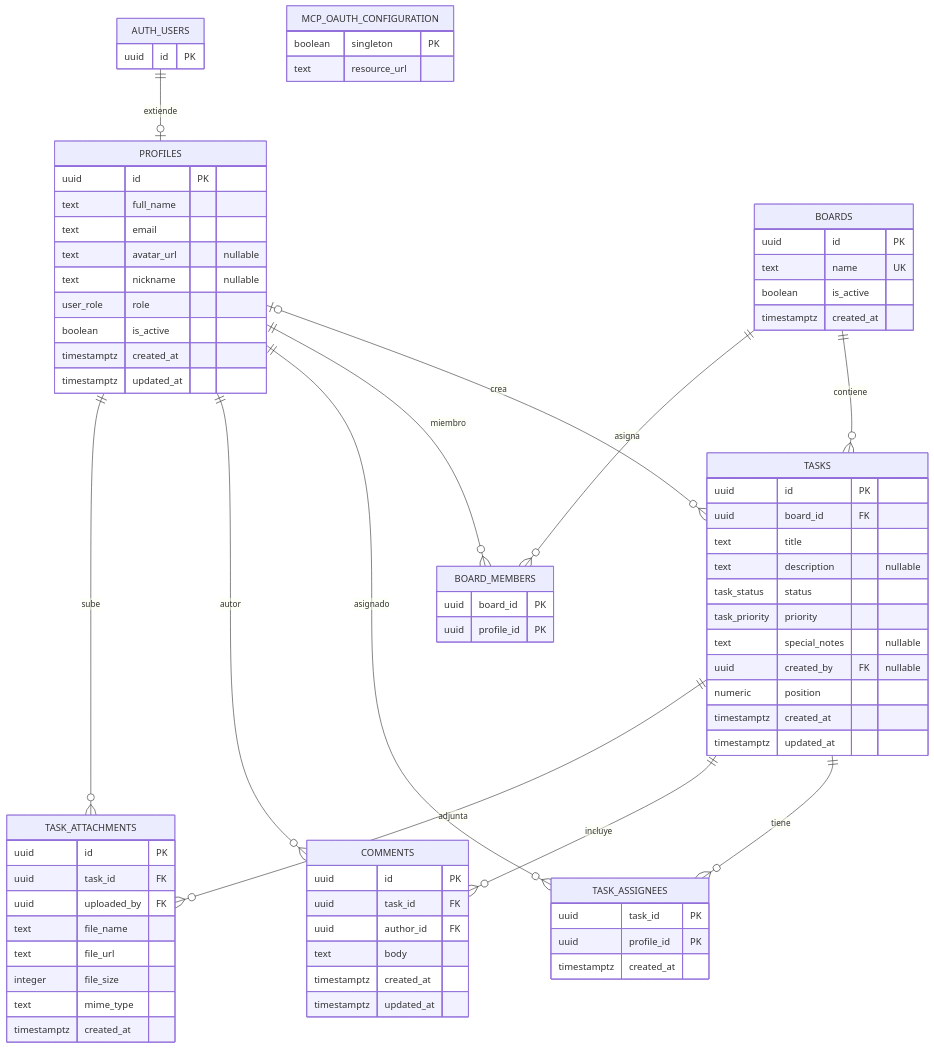
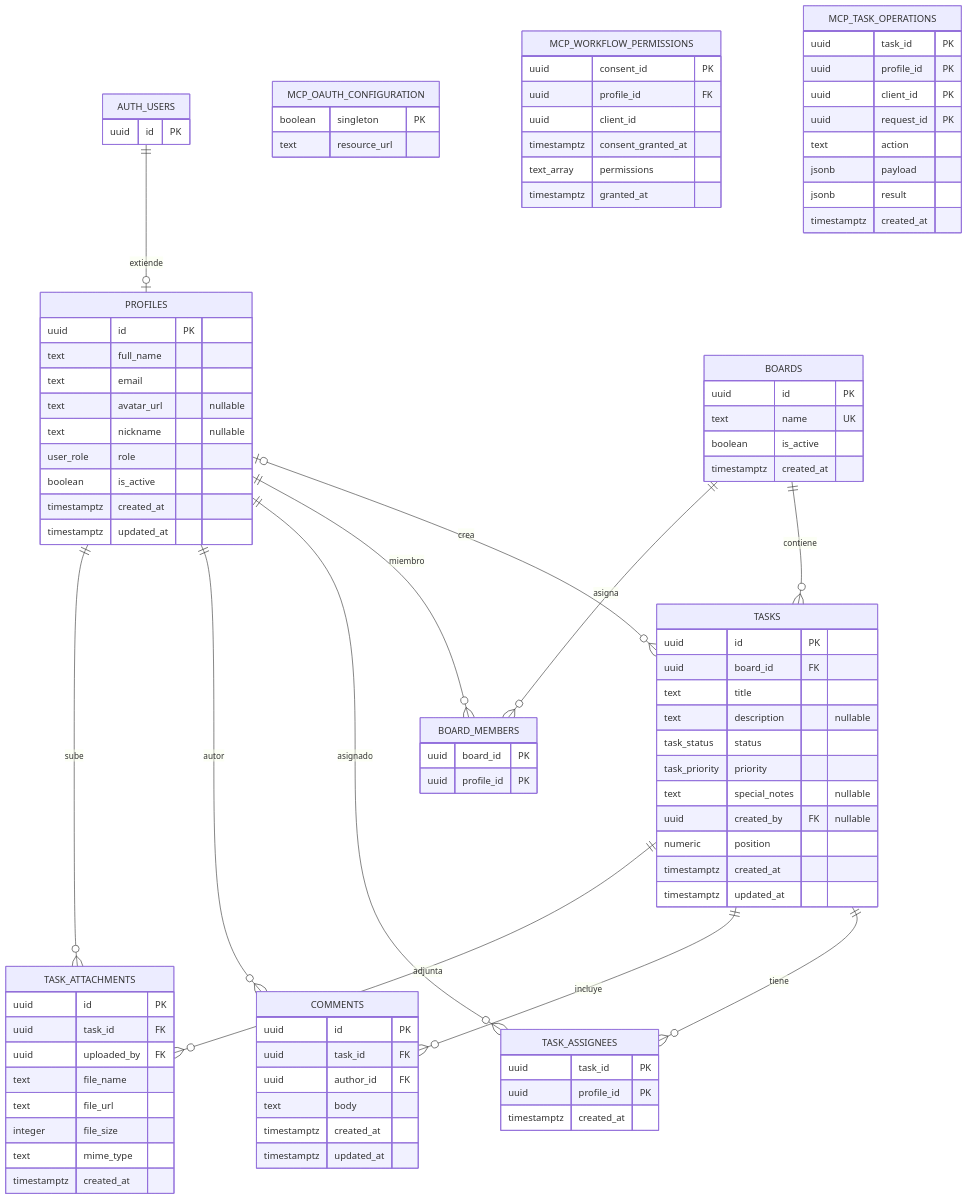
One commit to furthurr/dashboardFurthurr changed the diagram in .data/04-schema.md. Above: the diagram before and after it, drawn with Mermaid. The commit also changed other lines of this file and 30 other files, not shown here.

First line of the commit message:
feat(mcp): habilitar workflow asistido de tareas

````diff
--- a/.data/04-schema.md
+++ b/.data/04-schema.md
@@ -84,4 +125,22 @@
     boolean singleton PK
     text resource_url
   }
+  MCP_WORKFLOW_PERMISSIONS {
+    uuid consent_id PK
+    uuid profile_id FK
+    uuid client_id
+    timestamptz consent_granted_at
+    text_array permissions
+    timestamptz granted_at
+  }
+  MCP_TASK_OPERATIONS {
+    uuid task_id PK
+    uuid profile_id PK
+    uuid client_id PK
+    uuid request_id PK
+    text action
+    jsonb payload
+    jsonb result
+    timestamptz created_at
+  }
 ```
````
